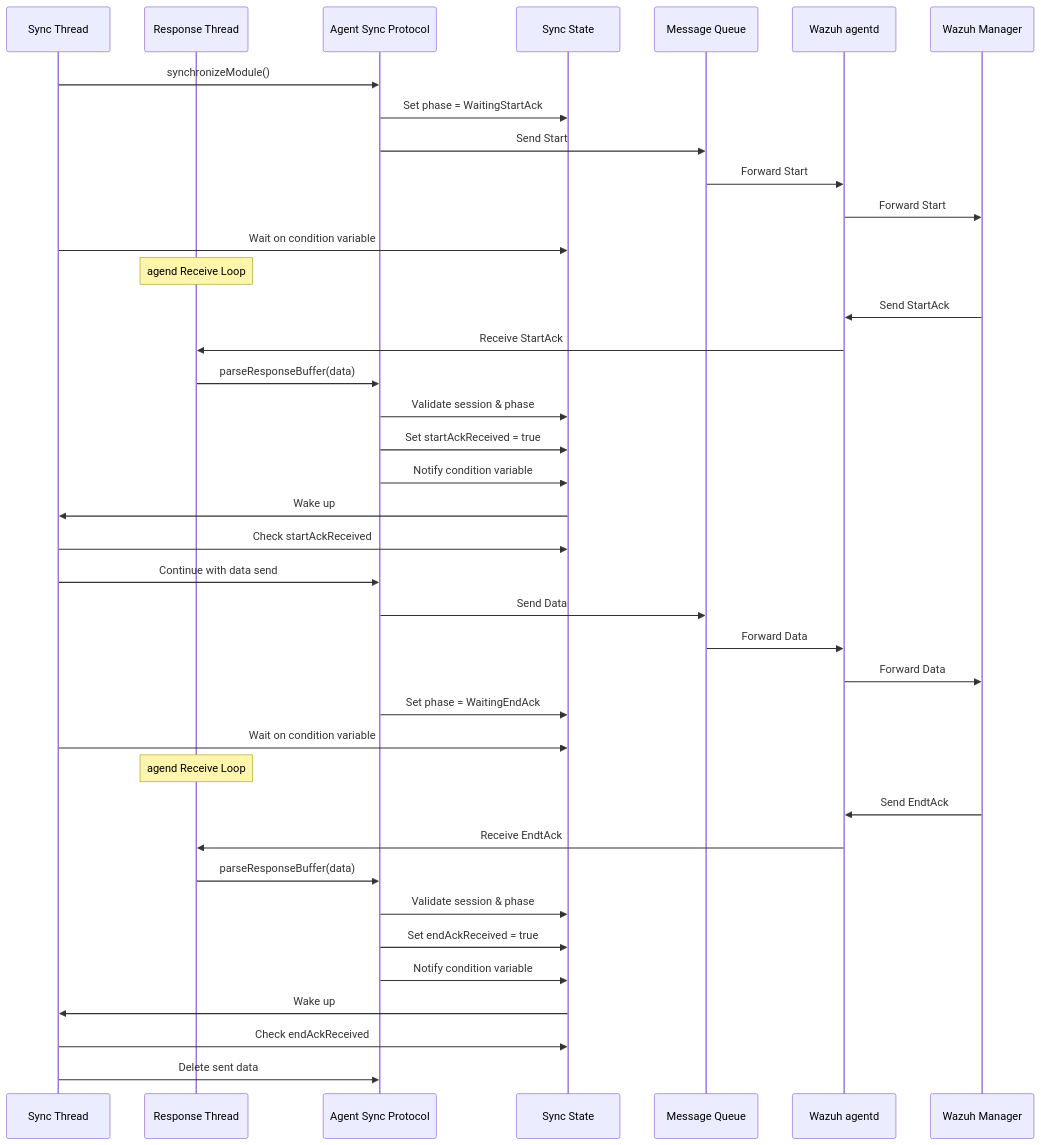
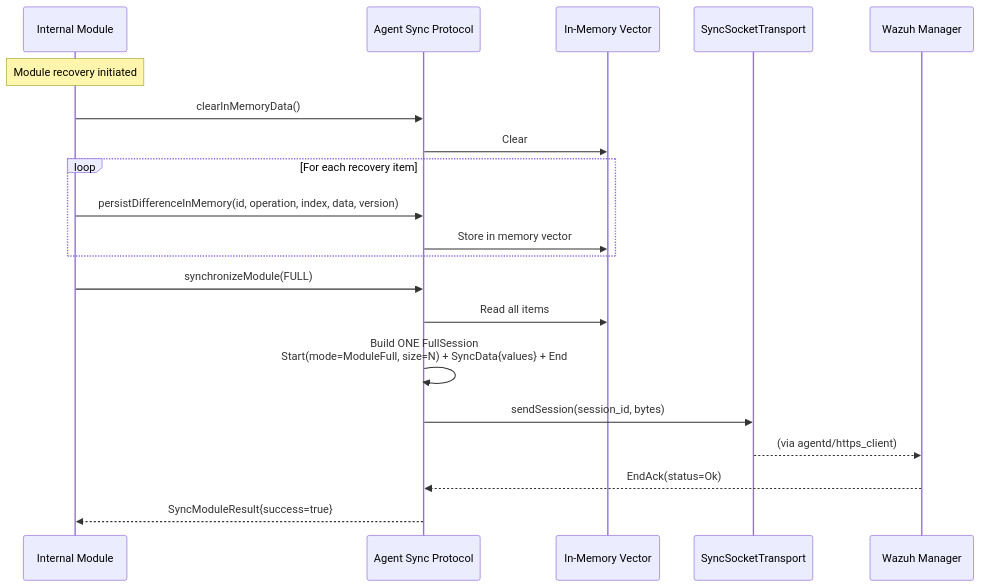
One commit to wazuh/wazuh changed the eighth of 12 diagrams in docs/ref/modules/utils/sync-protocol/sequence-diagrams.md. Above: the diagram before and after it, drawn with Mermaid. The commit also changed other lines of this file and 9 other files, not shown here.

Commit message:
refactor(sync-protocol): fold FullSession's four payload vectors into one union

````diff
--- a/docs/ref/modules/utils/sync-protocol/sequence-diagrams.md
+++ b/docs/ref/modules/utils/sync-protocol/sequence-diagrams.md
@@ -282,48 +198,27 @@
 ```mermaid
 sequenceDiagram
-    participant Thread1 as Sync Thread
-    participant Thread2 as Response Thread
+    participant Module as Internal Module
     participant ASP as Agent Sync Protocol
-    participant State as Sync State
-    participant MQ as Message Queue
-    participant AD as Wazuh agentd
+    participant Memory as In-Memory Vector
+    participant Transport as SyncSocketTransport
     participant Manager as Wazuh Manager
 
-    Thread1->>ASP: synchronizeModule()
-    ASP->>State: Set phase = WaitingStartAck
-    ASP->>MQ: Send Start
-    MQ->>AD: Forward Start
-    AD->>Manager: Forward Start
+    Note over Module: Module recovery initiated
 
-    Thread1->>State: Wait on condition variable
+    Module->>ASP: clearInMemoryData()
+    ASP->>Memory: Clear
 
-    Note over Thread2: agend Receive Loop
-    Manager->>AD: Send StartAck
-    AD->>Thread2: Receive StartAck
-    Thread2->>ASP: parseResponseBuffer(data)
-    ASP->>State: Validate session & phase
-    ASP->>State: Set startAckReceived = true
-    ASP->>State: Notify condition variable
+    loop For each recovery item
+        Module->>ASP: persistDifferenceInMemory(id, operation, index, data, version)
+        ASP->>Memory: Store in memory vector
+    end
 
-    State->>Thread1: Wake up
-    Thread1->>State: Check startAckReceived
-    Thread1->>ASP: Continue with data send
-    ASP->>MQ: Send Data
-    MQ->>AD: Forward Data
-    AD->>Manager: Forward Data
-    ASP->>State: Set phase = WaitingEndAck
+    Module->>ASP: synchronizeModule(FULL)
+    ASP->>Memory: Read all items
+    ASP->>ASP: Build ONE FullSession<br/>Start(mode=ModuleFull, size=N) + SyncData{values} + End
+    ASP->>Transport: sendSession(session_id, bytes)
+    Transport-->>Manager: (via agentd/https_client)
+    Manager-->>ASP: EndAck(status=Ok)
 
-    Thread1->>State: Wait on condition variable
-
-    Note over Thread2: agend Receive Loop
-    Manager->>AD: Send EndtAck
-    AD->>Thread2: Receive EndtAck
-    Thread2->>ASP: parseResponseBuffer(data)
-    ASP->>State: Validate session & phase
-    ASP->>State: Set endAckReceived = true
-    ASP->>State: Notify condition variable
-
-    State->>Thread1: Wake up
-    Thread1->>State: Check endAckReceived
-    Thread1->>ASP: Delete sent data
+    ASP-->>Module: SyncModuleResult{success=true}
 ```
````
